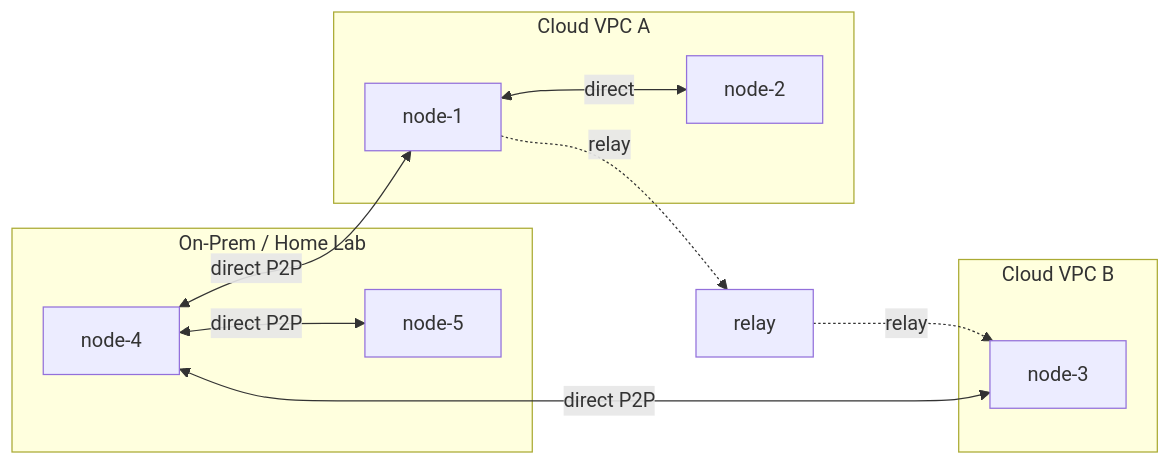
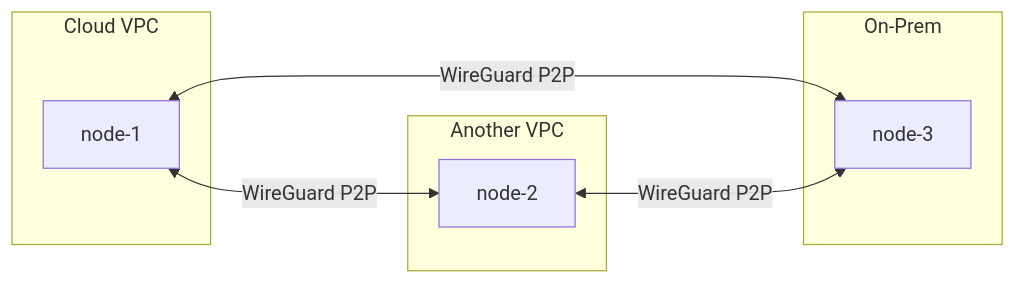
The diagram in README.md (inerplat/wirekube), drawn with Mermaid before and after one commit. The commit also changed 2 other files, not shown here.

Commit message:
docs: improve README clarity and clean up WSL2 GPU guide
README:
- Replace single diagram with before/after comparison (without/with WireKube)
  to make the value proposition immediately clear at first glance

WSL2 GPU Node guide:
- Remove 'kubeadm join fails' from troubleshooting (environment-specific)
- Move toolkit exclusion from troubleshooting to Phase 5.1 with explanation
  (critical step that most users will encounter, not an edge case)
- Remove 'model selection by VRAM' tip (not relevant to the guide's purpose)
- Remove 'Appendix: Custom WSL2 Kernel' (default kernel 5.15+ has WireGuard)

````diff
--- a/README.md
+++ b/README.md
@@ -21,20 +21,15 @@
 ```mermaid
 flowchart LR
-    subgraph VPC-A["Cloud VPC A"]
+    subgraph VPC-A["Cloud VPC"]
         N1[node-1]
+    end
+    subgraph VPC-B["Another VPC"]
         N2[node-2]
     end
-    subgraph VPC-B["Cloud VPC B"]
+    subgraph Home["On-Prem"]
         N3[node-3]
     end
-    subgraph Home["On-Prem / Home Lab"]
-        N4[node-4]
-        N5[node-5]
-    end
-    R[relay]
-    N1 <-->|direct| N2
-    N1 -.->|relay| R -.->|relay| N3
-    N4 <-->|direct P2P| N1
-    N4 <-->|direct P2P| N3
-    N4 <-->|direct P2P| N5
+    N1 <-->|"WireGuard P2P"| N2
+    N1 <-->|"WireGuard P2P"| N3
+    N2 <-->|"WireGuard P2P"| N3
 ```
````
